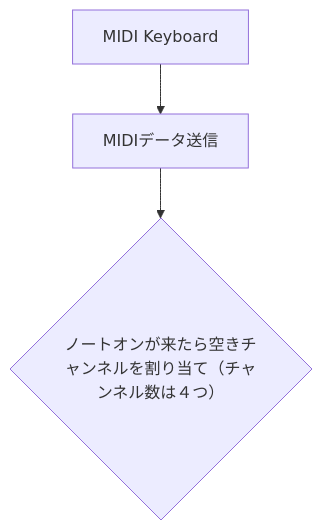
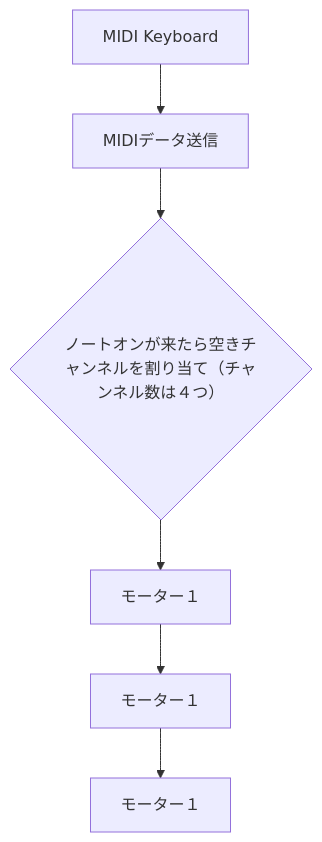
One commit to penkich/Scifesta changed the diagram in README.md. Above: the diagram before and after it, drawn with Mermaid.

Commit message:
Update README with MIDI flowchart
Added flowchart for MIDI keyboard data transmission.

````diff
--- a/README.md
+++ b/README.md
@@ -4,5 +4,8 @@
 ```mermaid
 flowchart TB
     A[MIDI Keyboard] --> B[MIDIデータ送信] -->
     C{ノートオンが来たら空きチャンネルを割り当て（チャンネル数は４つ）}
+    --> D[モーター１]
+    --> E[モーター１]
+    --> F[モーター１]
 ```
````
